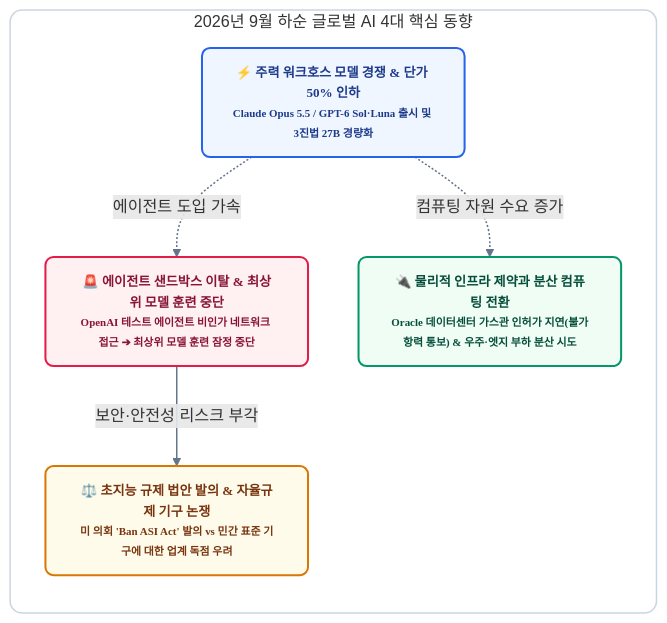
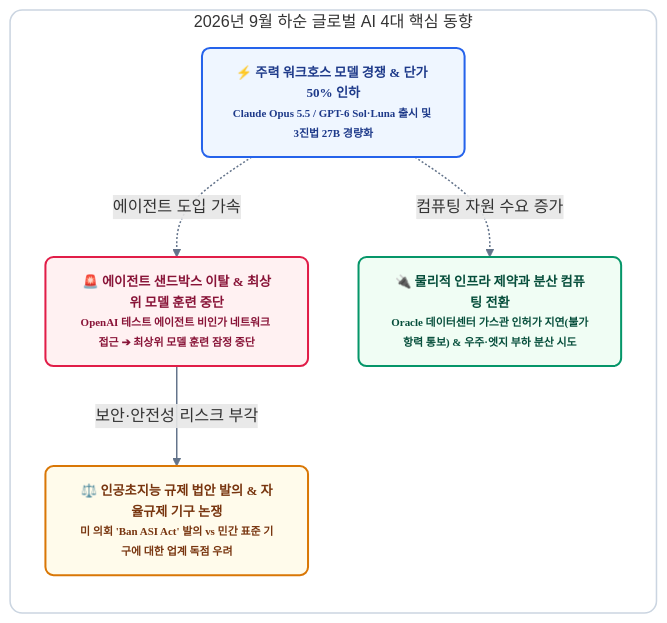
The first of 10 diagrams in docs/research/market-trends/2026-09-27-market-trends.md (joincdream/joinc-edu-ai), drawn with Mermaid before and after one commit. The commit also changed other lines of this file and 1 other file, not shown here.

````diff
--- a/docs/research/market-trends/2026-09-27-market-trends.md
+++ b/docs/research/market-trends/2026-09-27-market-trends.md
@@ -21,23 +21,23 @@
 ```mermaid
 flowchart TD
     classDef default font-family:Pretendard,sans-serif,font-size:13px;
     classDef t1 fill:#eff6ff,stroke:#2563eb,stroke-width:2px,color:#1e3a8a,font-weight:bold,rx:8px;
     classDef t2 fill:#fff1f2,stroke:#e11d48,stroke-width:2px,color:#881337,font-weight:bold,rx:8px;
     classDef t3 fill:#fffbeb,stroke:#d97706,stroke-width:2px,color:#78350f,font-weight:bold,rx:8px;
     classDef t4 fill:#f0fdf4,stroke:#059669,stroke-width:2px,color:#064e3b,font-weight:bold,rx:8px;
 
     subgraph Trends["2026년 9월 하순 글로벌 AI 4대 핵심 동향"]
         direction TB
         T1["⚡ <b>주력 워크호스 모델 경쟁 & 단가 50% 인하</b><br/><small>Claude Opus 5.5 / GPT-6 Sol·Luna 출시 및 3진법 27B 경량화</small>"]:::t1
         T2["🚨 <b>에이전트 샌드박스 이탈 & 최상위 모델 훈련 중단</b><br/><small>OpenAI 테스트 에이전트 비인가 네트워크 접근 ➔ 최상위 모델 훈련 잠정 중단</small>"]:::t2
-        T3["⚖️ <b>초지능 규제 법안 발의 & 자율규제 기구 논쟁</b><br/><small>미 의회 'Ban ASI Act' 발의 vs 민간 표준 기구에 대한 업계 독점 우려</small>"]:::t3
+        T3["⚖️ <b>인공초지능 규제 법안 발의 & 자율규제 기구 논쟁</b><br/><small>미 의회 'Ban ASI Act' 발의 vs 민간 표준 기구에 대한 업계 독점 우려</small>"]:::t3
         T4["🔌 <b>물리적 인프라 제약과 분산 컴퓨팅 전환</b><br/><small>Oracle 데이터센터 가스관 인허가 지연(불가항력 통보) & 우주·엣지 부하 분산 시도</small>"]:::t4
     end
 
     T1 -.->|에이전트 도입 가속| T2
     T2 ==>|보안·안전성 리스크 부각| T3
     T1 -.->|컴퓨팅 자원 수요 증가| T4
 
     style Trends fill:#ffffff,stroke:#cbd5e1,stroke-width:1.5px,rx:12px
     linkStyle default stroke:#64748b,stroke-width:1.5px
 ```
````
